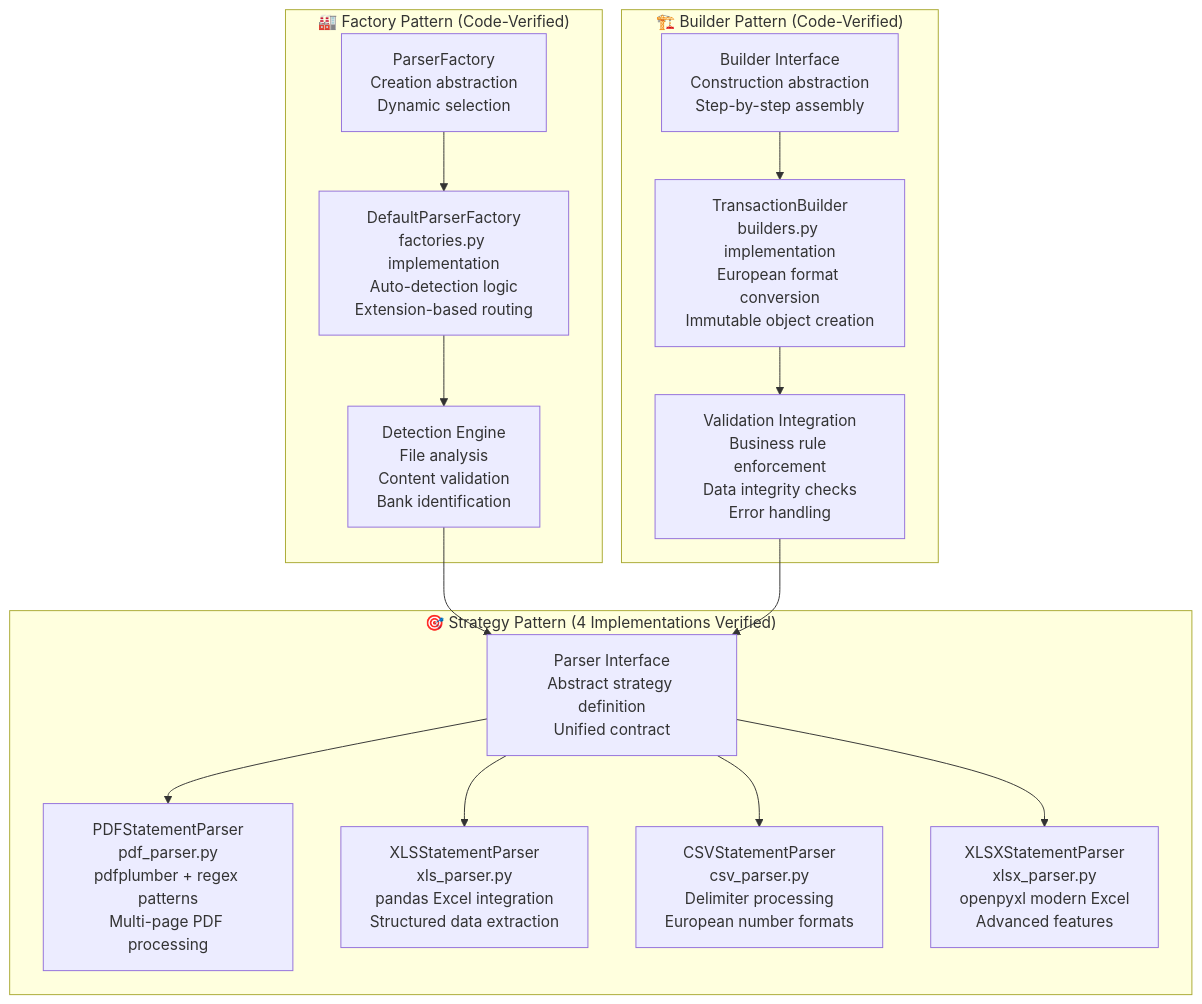
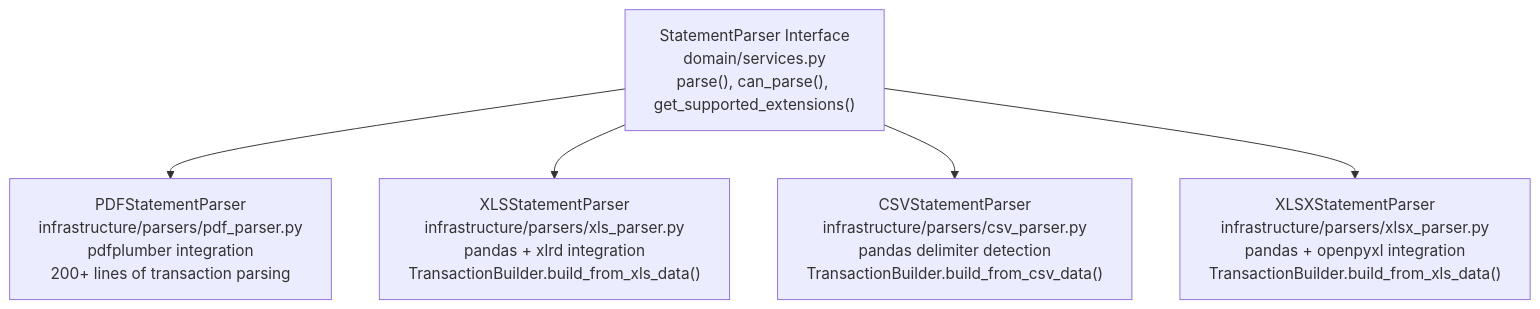
The second of 9 diagrams in memory-bank/systemPatterns.md (EduuardoPerez/financial-statement-processor), drawn with Mermaid before and after one commit. The commit also changed other lines of this file and 6 other files, not shown here.

````diff
--- a/memory-bank/systemPatterns.md
+++ b/memory-bank/systemPatterns.md
@@ -79,43 +50,17 @@
 ```mermaid
 graph TB
-    subgraph "🎯 Strategy Pattern (4 Implementations Verified)"
-        STRATEGY_INTERFACE["Parser Interface<br/>Abstract strategy definition<br/>Unified contract"]
+    PARSER_INTERFACE["StatementParser Interface<br/>domain/services.py<br/>parse(), can_parse(), get_supported_extensions()"]
 
-        PDF_STRATEGY["PDFStatementParser<br/>pdf_parser.py<br/>pdfplumber + regex patterns<br/>Multi-page PDF processing"]
+    PDF_STRATEGY["PDFStatementParser<br/>infrastructure/parsers/pdf_parser.py<br/>pdfplumber integration<br/>200+ lines of transaction parsing"]
 
-        XLS_STRATEGY["XLSStatementParser<br/>xls_parser.py<br/>pandas Excel integration<br/>Structured data extraction"]
+    XLS_STRATEGY["XLSStatementParser<br/>infrastructure/parsers/xls_parser.py<br/>pandas + xlrd integration<br/>TransactionBuilder.build_from_xls_data()"]
 
-        CSV_STRATEGY["CSVStatementParser<br/>csv_parser.py<br/>Delimiter processing<br/>European number formats"]
+    CSV_STRATEGY["CSVStatementParser<br/>infrastructure/parsers/csv_parser.py<br/>pandas delimiter detection<br/>TransactionBuilder.build_from_csv_data()"]
 
-        XLSX_STRATEGY["XLSXStatementParser<br/>xlsx_parser.py<br/>openpyxl modern Excel<br/>Advanced features"]
-    end
+    XLSX_STRATEGY["XLSXStatementParser<br/>infrastructure/parsers/xlsx_parser.py<br/>pandas + openpyxl integration<br/>TransactionBuilder.build_from_xls_data()"]
 
-    subgraph "🏭 Factory Pattern (Code-Verified)"
-        FACTORY_INTERFACE["ParserFactory<br/>Creation abstraction<br/>Dynamic selection"]
-
-        DEFAULT_FACTORY["DefaultParserFactory<br/>factories.py implementation<br/>Auto-detection logic<br/>Extension-based routing"]
-
-        DETECTION_ENGINE["Detection Engine<br/>File analysis<br/>Content validation<br/>Bank identification"]
-    end
-
-    subgraph "🏗️ Builder Pattern (Code-Verified)"
-        BUILDER_INTERFACE["Builder Interface<br/>Construction abstraction<br/>Step-by-step assembly"]
-
-        TRANSACTION_BUILDER["TransactionBuilder<br/>builders.py implementation<br/>European format conversion<br/>Immutable object creation"]
-
-        VALIDATION_BUILDER["Validation Integration<br/>Business rule enforcement<br/>Data integrity checks<br/>Error handling"]
-    end
-
-    STRATEGY_INTERFACE --> PDF_STRATEGY
-    STRATEGY_INTERFACE --> XLS_STRATEGY
-    STRATEGY_INTERFACE --> CSV_STRATEGY
-    STRATEGY_INTERFACE --> XLSX_STRATEGY
-
-    FACTORY_INTERFACE --> DEFAULT_FACTORY
-    DEFAULT_FACTORY --> DETECTION_ENGINE
-    DETECTION_ENGINE --> STRATEGY_INTERFACE
-
-    BUILDER_INTERFACE --> TRANSACTION_BUILDER
-    TRANSACTION_BUILDER --> VALIDATION_BUILDER
-    VALIDATION_BUILDER --> STRATEGY_INTERFACE
+    PARSER_INTERFACE --> PDF_STRATEGY
+    PARSER_INTERFACE --> XLS_STRATEGY
+    PARSER_INTERFACE --> CSV_STRATEGY
+    PARSER_INTERFACE --> XLSX_STRATEGY
 ```
````
